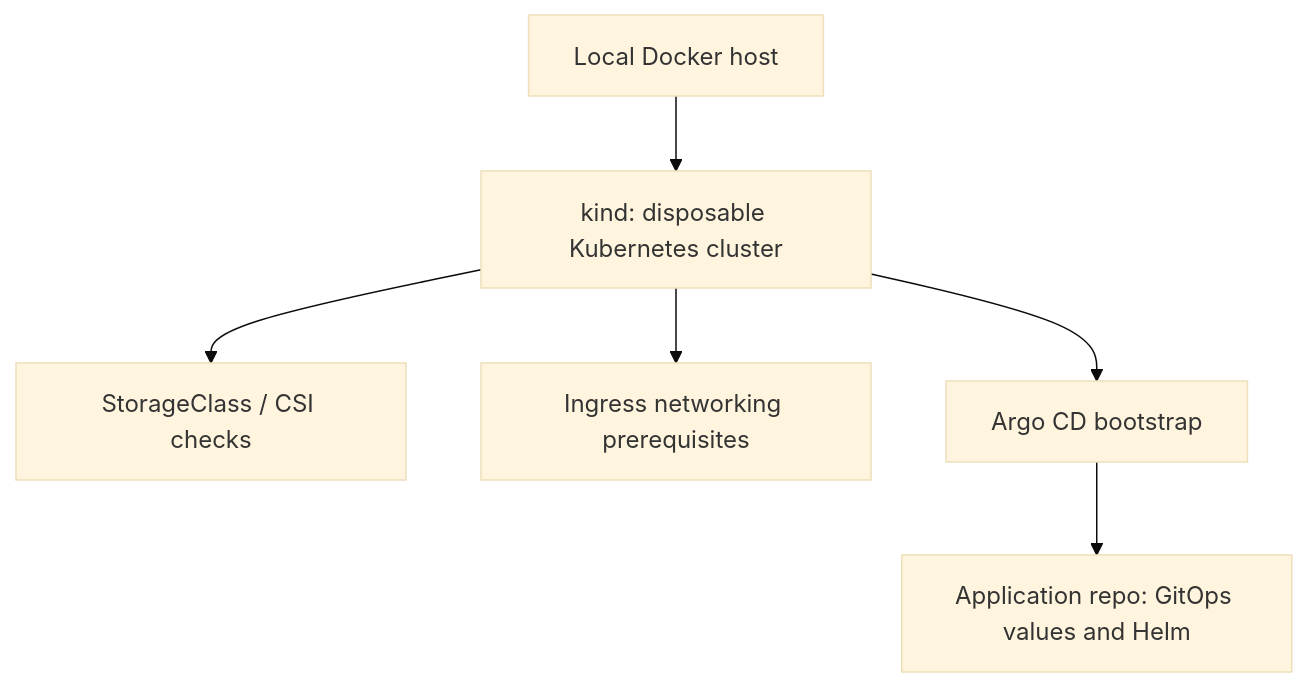
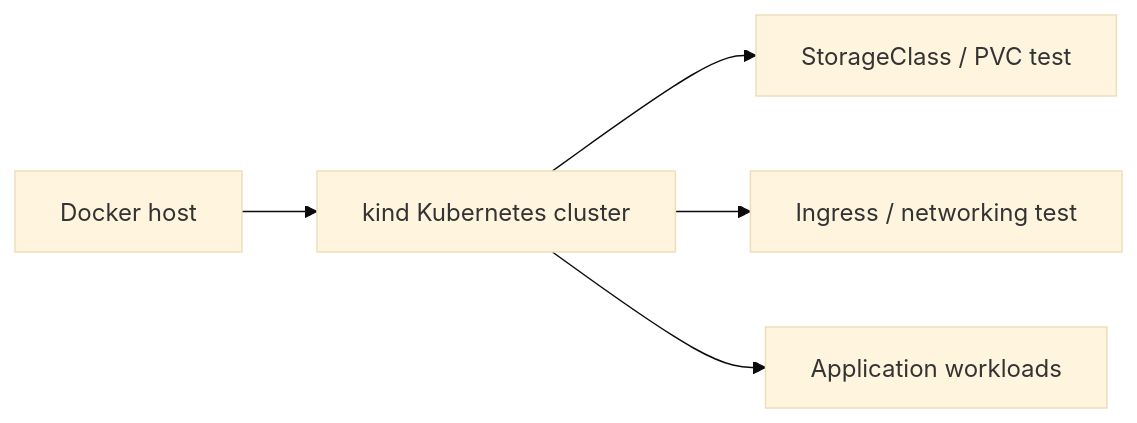
The diagram in docs/mykindk8scluster.md (naren4b/nks), drawn with Mermaid (base theme) before and after one commit. The commit also changed other lines of this file and 1 other file, not shown here.

First line of the commit message:
docs: keep kind installation guide generic (#21)

````diff
--- a/docs/mykindk8scluster.md
+++ b/docs/mykindk8scluster.md
@@ -227,8 +222,7 @@
 ```mermaid
-flowchart TB
-  HOST["Local Docker host"] --> KIND["kind: disposable Kubernetes cluster"]
-  KIND --> SC["StorageClass / CSI checks"]
-  KIND --> ING["Ingress networking prerequisites"]
-  KIND --> CD["Argo CD bootstrap"]
-  CD --> APP["Application repo: GitOps values and Helm"]
+flowchart LR
+  D["Docker host"] --> K["kind Kubernetes cluster"]
+  K --> S["StorageClass / PVC test"]
+  K --> N["Ingress / networking test"]
+  K --> W["Application workloads"]
 ```
````
